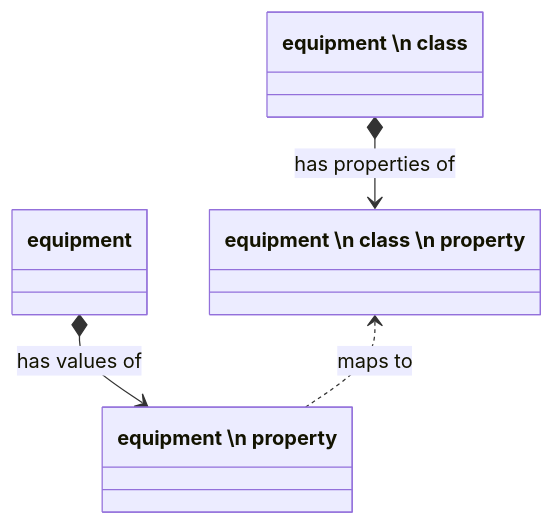
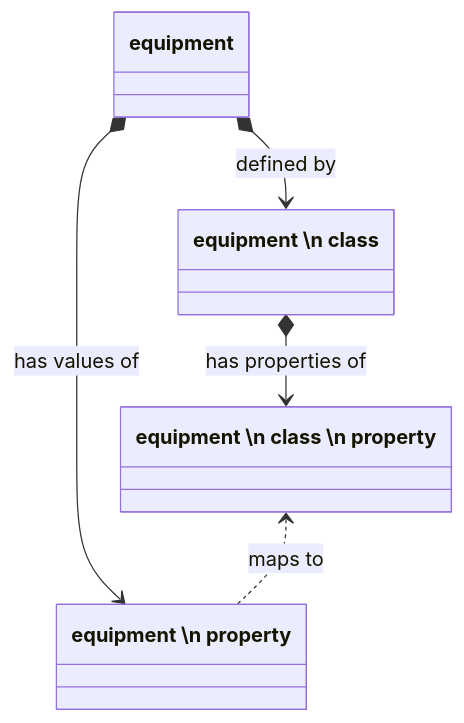
The eighth of 9 diagrams in content/explanations/isa-95-as-ontology/resources/equipment.md (libremfg/rhize-docs), drawn with Mermaid before and after one commit.

Commit message:
[fix] correct equipment diagram

````diff
--- a/content/explanations/isa-95-as-ontology/resources/equipment.md
+++ b/content/explanations/isa-95-as-ontology/resources/equipment.md
@@ -283,7 +283,8 @@
 ```mermaid
 classDiagram
 
 equipment *--> `equipment \n property` :has values of
+equipment *--> `equipment \n class` :defined by
 `equipment \n class` *--> `equipment \n class \n property` :has properties of
 `equipment \n class \n property` <.. `equipment \n property` :maps to 
 ```
````
